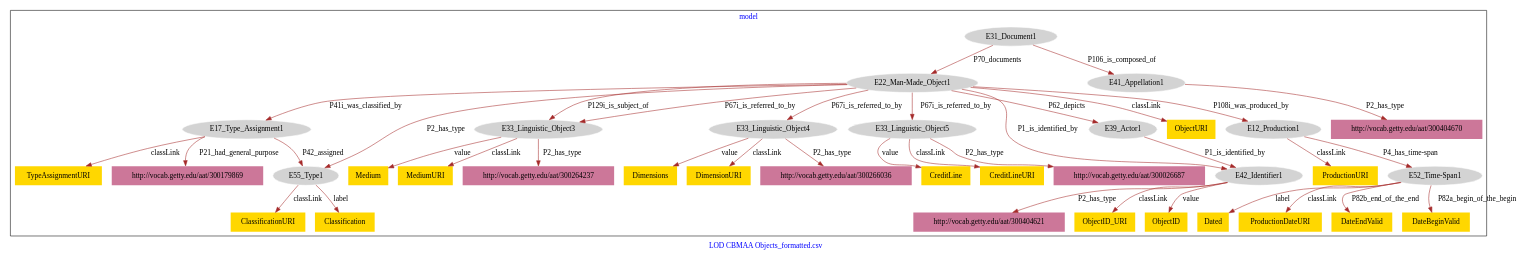
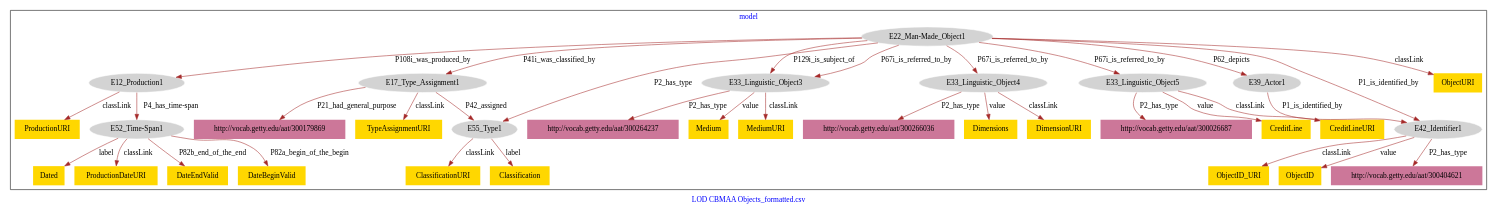
Before and after one commit to american-art/cbm: the diagram in CBMAA_Objects/CBMAA_Objects-model.dot, drawn with Graphviz.

Commit message:
Update file CBMAA_Objects-model.dot

```diff
--- a/CBMAA_Objects/CBMAA_Objects-model.dot
+++ b/CBMAA_Objects/CBMAA_Objects-model.dot
@@ -1,80 +1,74 @@
 digraph n0 {
 fontcolor="blue"
 remincross="true"
 label="LOD CBMAA Objects_formatted.csv"
 subgraph cluster {
 label="model"
 n2[style="filled",color="white",fillcolor="lightgray",label="E12_Production1"];
 n3[style="filled",color="white",fillcolor="lightgray",label="E52_Time-Span1"];
 n4[style="filled",color="white",fillcolor="lightgray",label="E17_Type_Assignment1"];
 n5[style="filled",color="white",fillcolor="lightgray",label="E55_Type1"];
 n6[style="filled",color="white",fillcolor="lightgray",label="E22_Man-Made_Object1"];
 n7[style="filled",color="white",fillcolor="lightgray",label="E33_Linguistic_Object3"];
 n8[style="filled",color="white",fillcolor="lightgray",label="E33_Linguistic_Object4"];
 n9[style="filled",color="white",fillcolor="lightgray",label="E33_Linguistic_Object5"];
 n10[style="filled",color="white",fillcolor="lightgray",label="E39_Actor1"];
-n11[style="filled",color="white",fillcolor="lightgray",label="E31_Document1"];
-n12[style="filled",color="white",fillcolor="lightgray",label="E41_Appellation1"];
-n13[style="filled",color="white",fillcolor="lightgray",label="E42_Identifier1"];
-n14[shape="plaintext",style="filled",fillcolor="gold",label="Medium"];
-n15[shape="plaintext",style="filled",fillcolor="gold",label="Dimensions"];
-n16[shape="plaintext",style="filled",fillcolor="gold",label="CreditLine"];
-n17[shape="plaintext",style="filled",fillcolor="gold",label="Classification"];
-n18[shape="plaintext",style="filled",fillcolor="gold",label="ClassificationURI"];
-n19[shape="plaintext",style="filled",fillcolor="gold",label="TypeAssignmentURI"];
-n20[shape="plaintext",style="filled",fillcolor="gold",label="ProductionURI"];
-n21[shape="plaintext",style="filled",fillcolor="gold",label="ObjectID_URI"];
-n22[shape="plaintext",style="filled",fillcolor="gold",label="DateBeginValid"];
-n23[shape="plaintext",style="filled",fillcolor="gold",label="Dated"];
-n24[shape="plaintext",style="filled",fillcolor="gold",label="ProductionDateURI"];
-n25[shape="plaintext",style="filled",fillcolor="gold",label="CreditLineURI"];
-n26[shape="plaintext",style="filled",fillcolor="gold",label="ObjectURI"];
-n27[shape="plaintext",style="filled",fillcolor="gold",label="ObjectID"];
-n28[shape="plaintext",style="filled",fillcolor="gold",label="DimensionURI"];
-n29[shape="plaintext",style="filled",fillcolor="gold",label="DateEndValid"];
-n30[shape="plaintext",style="filled",fillcolor="gold",label="MediumURI"];
-n31[shape="plaintext",style="filled",fillcolor="#CC7799",label="http://vocab.getty.edu/aat/300026687"];
-n32[shape="plaintext",style="filled",fillcolor="#CC7799",label="http://vocab.getty.edu/aat/300264237"];
-n33[shape="plaintext",style="filled",fillcolor="#CC7799",label="http://vocab.getty.edu/aat/300404621"];
-n34[shape="plaintext",style="filled",fillcolor="#CC7799",label="http://vocab.getty.edu/aat/300179869"];
-n35[shape="plaintext",style="filled",fillcolor="#CC7799",label="http://vocab.getty.edu/aat/300266036"];
-n36[shape="plaintext",style="filled",fillcolor="#CC7799",label="http://vocab.getty.edu/aat/300404670"];
+n11[style="filled",color="white",fillcolor="lightgray",label="E42_Identifier1"];
+n12[shape="plaintext",style="filled",fillcolor="gold",label="Medium"];
+n13[shape="plaintext",style="filled",fillcolor="gold",label="Dimensions"];
+n14[shape="plaintext",style="filled",fillcolor="gold",label="CreditLine"];
+n15[shape="plaintext",style="filled",fillcolor="gold",label="Classification"];
+n16[shape="plaintext",style="filled",fillcolor="gold",label="ClassificationURI"];
+n17[shape="plaintext",style="filled",fillcolor="gold",label="TypeAssignmentURI"];
+n18[shape="plaintext",style="filled",fillcolor="gold",label="ProductionURI"];
+n19[shape="plaintext",style="filled",fillcolor="gold",label="ObjectID_URI"];
+n20[shape="plaintext",style="filled",fillcolor="gold",label="DateBeginValid"];
+n21[shape="plaintext",style="filled",fillcolor="gold",label="Dated"];
+n22[shape="plaintext",style="filled",fillcolor="gold",label="ProductionDateURI"];
+n23[shape="plaintext",style="filled",fillcolor="gold",label="CreditLineURI"];
+n24[shape="plaintext",style="filled",fillcolor="gold",label="ObjectURI"];
+n25[shape="plaintext",style="filled",fillcolor="gold",label="ObjectID"];
+n26[shape="plaintext",style="filled",fillcolor="gold",label="DimensionURI"];
+n27[shape="plaintext",style="filled",fillcolor="gold",label="DateEndValid"];
+n28[shape="plaintext",style="filled",fillcolor="gold",label="MediumURI"];
+n29[shape="plaintext",style="filled",fillcolor="#CC7799",label="http://vocab.getty.edu/aat/300026687"];
+n30[shape="plaintext",style="filled",fillcolor="#CC7799",label="http://vocab.getty.edu/aat/300264237"];
+n31[shape="plaintext",style="filled",fillcolor="#CC7799",label="http://vocab.getty.edu/aat/300404621"];
+n32[shape="plaintext",style="filled",fillcolor="#CC7799",label="http://vocab.getty.edu/aat/300179869"];
+n33[shape="plaintext",style="filled",fillcolor="#CC7799",label="http://vocab.getty.edu/aat/300266036"];
 }
 n2 -> n3[color="brown",fontcolor="black",label="P4_has_time-span"]
 n4 -> n5[color="brown",fontcolor="black",label="P42_assigned"]
 n6 -> n2[color="brown",fontcolor="black",label="P108i_was_produced_by"]
 n6 -> n4[color="brown",fontcolor="black",label="P41i_was_classified_by"]
-n6 -> n7[color="brown",fontcolor="black",label="P67i_is_referred_to_by"]
+n6 -> n7[color="brown",fontcolor="black",label="P129i_is_subject_of"]
 n6 -> n8[color="brown",fontcolor="black",label="P67i_is_referred_to_by"]
 n6 -> n9[color="brown",fontcolor="black",label="P67i_is_referred_to_by"]
 n6 -> n10[color="brown",fontcolor="black",label="P62_depicts"]
-n11 -> n6[color="brown",fontcolor="black",label="P70_documents"]
-n11 -> n12[color="brown",fontcolor="black",label="P106_is_composed_of"]
-n10 -> n13[color="brown",fontcolor="black",label="P1_is_identified_by"]
-n7 -> n14[color="brown",fontcolor="black",label="value"]
-n8 -> n15[color="brown",fontcolor="black",label="value"]
-n9 -> n16[color="brown",fontcolor="black",label="value"]
-n5 -> n17[color="brown",fontcolor="black",label="label"]
-n5 -> n18[color="brown",fontcolor="black",label="classLink"]
-n4 -> n19[color="brown",fontcolor="black",label="classLink"]
-n2 -> n20[color="brown",fontcolor="black",label="classLink"]
-n13 -> n21[color="brown",fontcolor="black",label="classLink"]
-n3 -> n22[color="brown",fontcolor="black",label="P82a_begin_of_the_begin"]
-n3 -> n23[color="brown",fontcolor="black",label="label"]
-n3 -> n24[color="brown",fontcolor="black",label="classLink"]
-n9 -> n25[color="brown",fontcolor="black",label="classLink"]
-n6 -> n26[color="brown",fontcolor="black",label="classLink"]
-n13 -> n27[color="brown",fontcolor="black",label="value"]
-n8 -> n28[color="brown",fontcolor="black",label="classLink"]
-n3 -> n29[color="brown",fontcolor="black",label="P82b_end_of_the_end"]
-n7 -> n30[color="brown",fontcolor="black",label="classLink"]
-n9 -> n31[color="brown",fontcolor="black",label="P2_has_type"]
-n6 -> n7[color="brown",fontcolor="black",label="P129i_is_subject_of"]
-n7 -> n32[color="brown",fontcolor="black",label="P2_has_type"]
+n10 -> n11[color="brown",fontcolor="black",label="P1_is_identified_by"]
+n7 -> n12[color="brown",fontcolor="black",label="value"]
+n8 -> n13[color="brown",fontcolor="black",label="value"]
+n9 -> n14[color="brown",fontcolor="black",label="value"]
+n5 -> n15[color="brown",fontcolor="black",label="label"]
+n5 -> n16[color="brown",fontcolor="black",label="classLink"]
+n4 -> n17[color="brown",fontcolor="black",label="classLink"]
+n2 -> n18[color="brown",fontcolor="black",label="classLink"]
+n11 -> n19[color="brown",fontcolor="black",label="classLink"]
+n3 -> n20[color="brown",fontcolor="black",label="P82a_begin_of_the_begin"]
+n3 -> n21[color="brown",fontcolor="black",label="label"]
+n3 -> n22[color="brown",fontcolor="black",label="classLink"]
+n9 -> n23[color="brown",fontcolor="black",label="classLink"]
+n6 -> n24[color="brown",fontcolor="black",label="classLink"]
+n11 -> n25[color="brown",fontcolor="black",label="value"]
+n8 -> n26[color="brown",fontcolor="black",label="classLink"]
+n3 -> n27[color="brown",fontcolor="black",label="P82b_end_of_the_end"]
+n7 -> n28[color="brown",fontcolor="black",label="classLink"]
+n9 -> n29[color="brown",fontcolor="black",label="P2_has_type"]
+n7 -> n30[color="brown",fontcolor="black",label="P2_has_type"]
 n6 -> n5[color="brown",fontcolor="black",label="P2_has_type"]
-n13 -> n33[color="brown",fontcolor="black",label="P2_has_type"]
-n6 -> n13[color="brown",fontcolor="black",label="P1_is_identified_by"]
-n4 -> n34[color="brown",fontcolor="black",label="P21_had_general_purpose"]
-n8 -> n35[color="brown",fontcolor="black",label="P2_has_type"]
-n12 -> n36[color="brown",fontcolor="black",label="P2_has_type"]
+n11 -> n31[color="brown",fontcolor="black",label="P2_has_type"]
+n6 -> n11[color="brown",fontcolor="black",label="P1_is_identified_by"]
+n6 -> n7[color="brown",fontcolor="black",label="P67i_is_referred_to_by"]
+n4 -> n32[color="brown",fontcolor="black",label="P21_had_general_purpose"]
+n8 -> n33[color="brown",fontcolor="black",label="P2_has_type"]
 }
```
